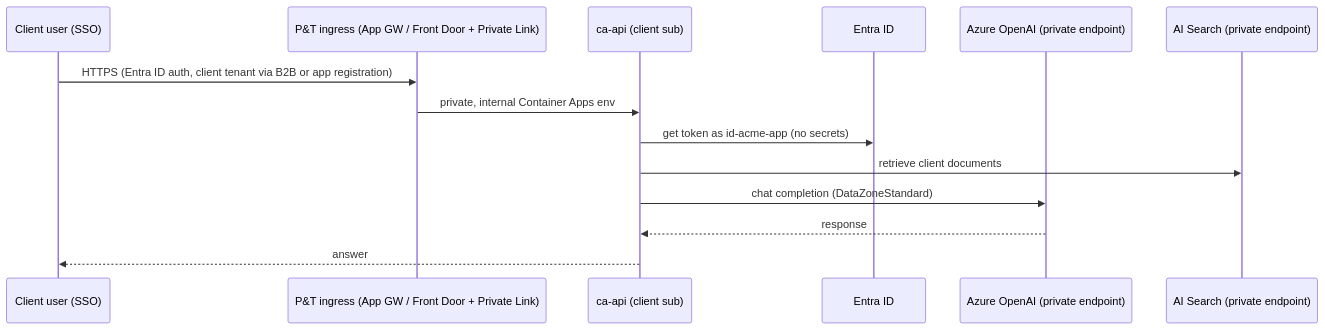
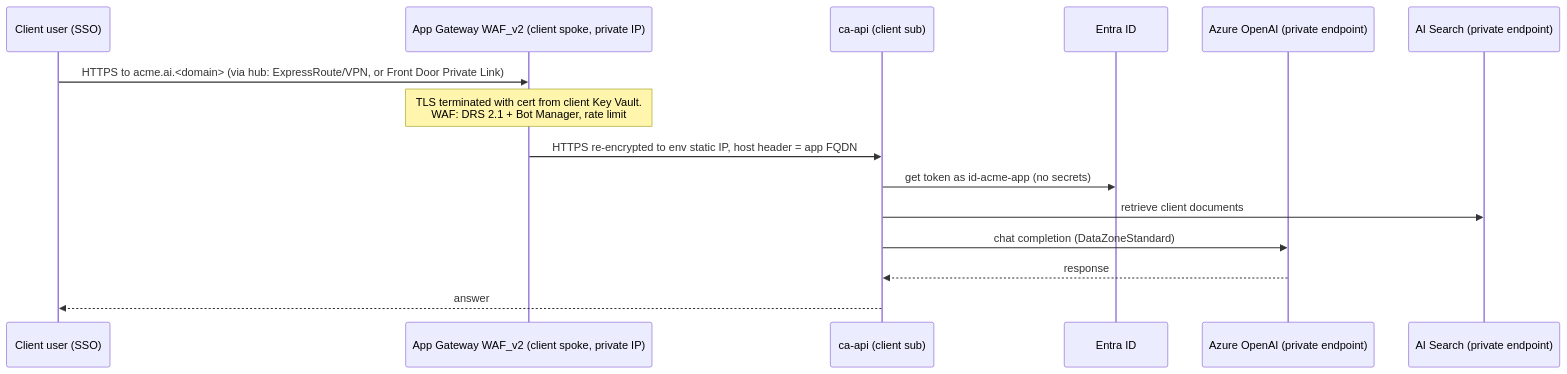
Before and after one commit to coppercosmo/chatham_fin_infra: the third of 5 diagrams in docs/architecture/overview.md, drawn with Mermaid. The commit also changed other lines of this file and 40 other files, not shown here.

First line of the commit message:
Private ingress (App Gateway WAF_v2) and AKS hosting option

````diff
--- a/docs/architecture/overview.md
+++ b/docs/architecture/overview.md
@@ -61,16 +61,17 @@
 ```mermaid
 sequenceDiagram
   participant U as Client user (SSO)
-  participant GW as P&T ingress (App GW / Front Door + Private Link)
+  participant GW as App Gateway WAF_v2 (client spoke, private IP)
   participant API as ca-api (client sub)
   participant ID as Entra ID
   participant AOAI as Azure OpenAI (private endpoint)
   participant SRCH as AI Search (private endpoint)
-  U->>GW: HTTPS (Entra ID auth, client tenant via B2B or app registration)
-  GW->>API: private, internal Container Apps env
+  U->>GW: HTTPS to acme.ai.<domain> (via hub: ExpressRoute/VPN, or Front Door Private Link)
+  Note over GW: TLS terminated with cert from client Key Vault.<br/>WAF: DRS 2.1 + Bot Manager, rate limit
+  GW->>API: HTTPS re-encrypted to env static IP, host header = app FQDN
   API->>ID: get token as id-acme-app (no secrets)
   API->>SRCH: retrieve client documents
   API->>AOAI: chat completion (DataZoneStandard)
   AOAI-->>API: response
   API-->>U: answer
 ```
````
